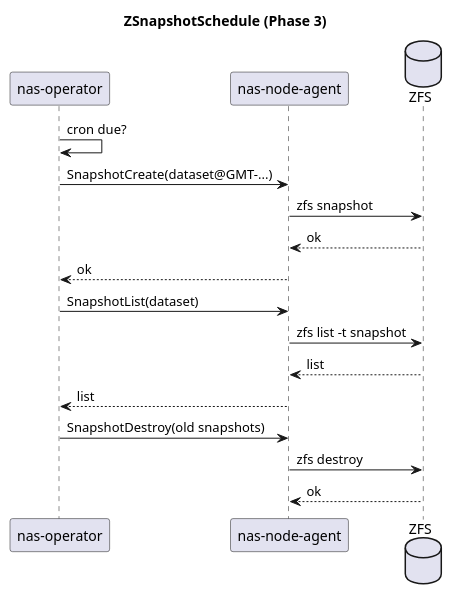
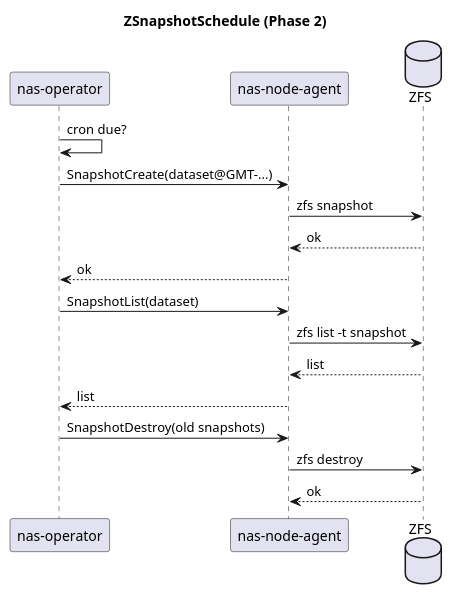
Before and after one commit to jtejido-quollio/nas: the diagram in docs/puml/03-seq-snapshot.puml, drawn with PlantUML. The commit also changed 17 other files, not shown here.

```diff
--- a/docs/puml/03-seq-snapshot.puml
+++ b/docs/puml/03-seq-snapshot.puml
@@ -1,23 +1,23 @@
 @startuml
-title ZSnapshotSchedule (Phase 3)
+title ZSnapshotSchedule (Phase 2)
 
 participant "nas-operator" as OP
 participant "nas-node-agent" as NA
 database "ZFS" as ZFS
 
 OP -> OP : cron due?
 OP -> NA : SnapshotCreate(dataset@GMT-...)
 NA -> ZFS : zfs snapshot
 ZFS --> NA : ok
 NA --> OP : ok
 
 OP -> NA : SnapshotList(dataset)
 NA -> ZFS : zfs list -t snapshot
 ZFS --> NA : list
 NA --> OP : list
 
 OP -> NA : SnapshotDestroy(old snapshots)
 NA -> ZFS : zfs destroy
 ZFS --> NA : ok
 
 @enduml
```
